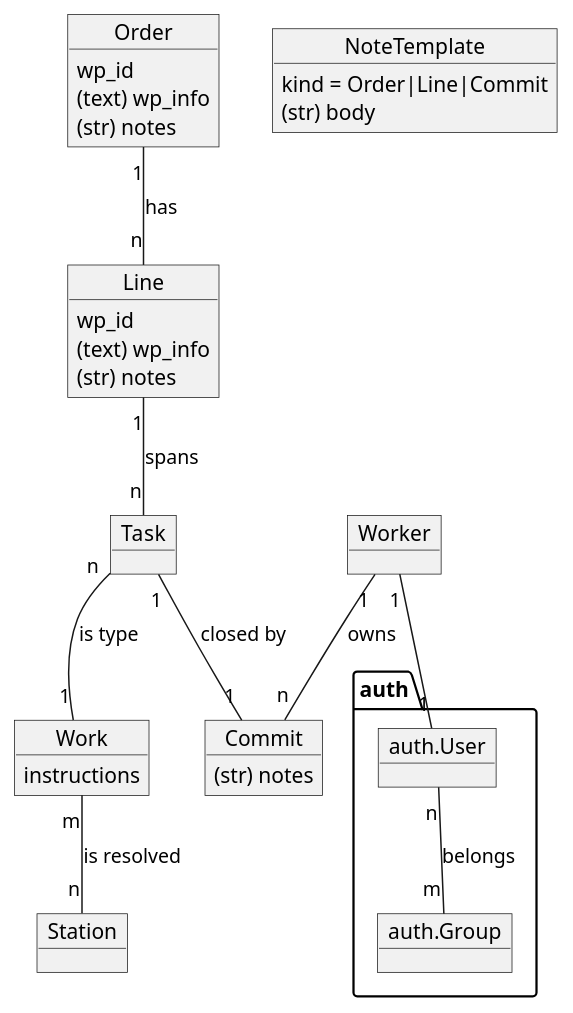
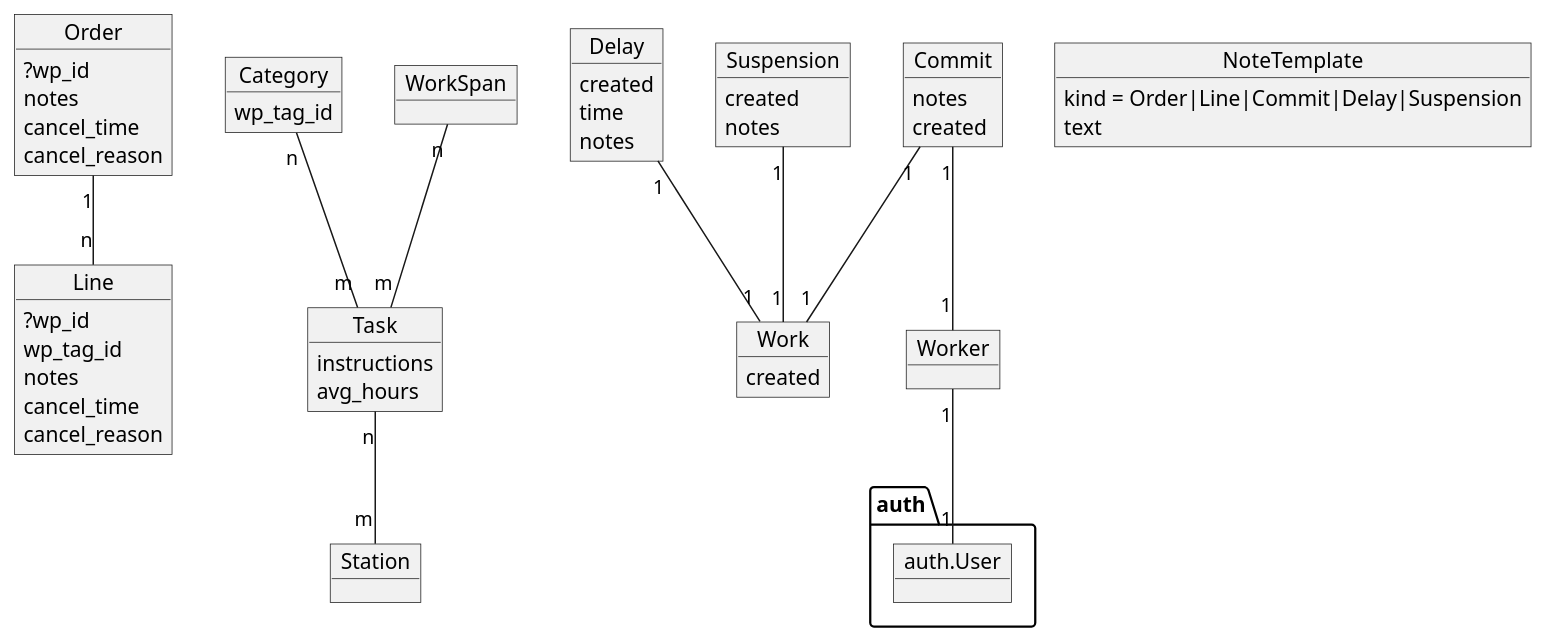
One commit to iriswm/iris changed the diagram in docs/model.plantuml. Above: the diagram before and after it, drawn with PlantUML.

Commit message:
Detail application design

```diff
--- a/docs/model.plantuml
+++ b/docs/model.plantuml
@@ -1,42 +1,173 @@
 @startuml
+
+/'
+
+When an order is completed (or reaches a configured completion state) in a
+WooCommerce site, a plugin notifies the Iris site with the order details. This
+details are stored in the models `Order` and `Line`. Both models keep the
+corresponding Wordpress ids and a custom `notes` field to track extra
+information provided by the plugin or recorded while working in the Iris site.
+The items in the model `Line` also keep an identifier for the WooCommerce
+category.
+
+'/
 
 object Order
 object Line
+
+Order "1" -- "n" Line
+
+Order : ?wp_id
+Order : notes
+
+Line : ?wp_id
+Line : wp_tag_id
+Line : notes
+
+/'
+
+In the Iris site, another model called `Category` maps each WooCommerce
+category identifier with a set of items in the model `Task`. Each task has
+also individual `instructions`.
+
+When a new item is created in the model `Line`, the category is checked and
+the appropriate set of actual tasks are created as entries in a model called
+`Work`. Each of this works, when completed, will span extra works according to
+another model called `WorkSpan`.
+
+'/
+
+object Category
+
+Category : wp_tag_id
+
 object Task
+
+Category "n" -- "m" Task
+
+Task : instructions
+
 object Work
-object Station
+object WorkSpan
+
+WorkSpan "n" -- "m" Task
+
+/'
+
+The items in the models `Task`, `Category` and `WorkSpan` represent trees of
+works needed to consider an order fulfilled.
+
+The works can be completed by any worker, identified in the model `Worker` and
+connected to an Django `User`. The works are marked as completed creating a
+new item in another model called `Commit`. This commits also have `notes`.
+
+'/
+
 object Worker
+object auth.User
+
+Worker "1" -- "1" auth.User
+
 object Commit
 
-object auth.User
-object auth.Group
+Commit "1" -- "1" Worker
+Commit "1" -- "1" Work
 
-Order "1" -- "n" Line : has
-Line "1" -- "n" Task : spans
+Commit : notes
 
-Task "n" -- "1" Work : is type
-Work "m" -- "n" Station : is resolved
+/'
 
-Task "1" -- "1" Commit : closed by
-Worker "1" -- "n" Commit : owns
+The items in `Work` and `Commit` are timestamped to keep track of the amount
+of time needed by each item in an Order and offer proper estimations and
+reports. For the estimations, information about average times needed per task
+will be recorded in the `Task` model.
 
-auth.User "n" -- "m" auth.Group : belongs
-Worker "1" -- "1" auth.User
+'/
 
-Order : wp_id
-Order : (text) wp_info
-Order : (str) notes
+Work : created
+Commit : created
+Task : avg_hours
 
-Line : wp_id
-Line : (text) wp_info
-Line : (str) notes
+/'
 
-Work : instructions
+Each order and line can be canceled with a `reason` field. Either in the Iris
+site or by the WooCommerce plugin.
 
-Commit : (str) notes
+'/
+
+Order : cancel_time
+Order : cancel_reason
+Line : cancel_time
+Line : cancel_reason
+
+/'
+
+The main purpose of the Iris site is to keep a list of station profiles in a
+`Station` model and offer a detail page for each station when the workers in
+the station can see the tasks pending work and the information needed for each
+task. The secondary purpose is to help with the estimation of order completion
+times and the tertiary purpose is to offer insights into work efficiency and
+performance.
+
+'/
+
+object Station
+
+Task "n" -- "m" Station
+
+/'
+
+The interface will be keep as simple as possible and will have utilities to
+ease the interaction using touch screens. A simple way to switch between
+workers profiles or an alternative should be provided. Also, a system for
+adding common notes using a few touches may be helpful.
+
+'/
 
 object NoteTemplate
-NoteTemplate : kind = Order|Line|Commit
-NoteTemplate : (str) body
+NoteTemplate : kind = Order|Line|Commit|Delay|Suspension
+NoteTemplate : text
+
+/'
+
+Abnormal stops in works will be handled using extra models:
+
+'/
+
+/'
+
+- The `Delay` model, with a specific time specified to hide the work in the
+station during that time and a note.
+
+'/
+
+object Delay
+
+Delay "1" -- "1" Work
+
+Delay : created
+Delay : time
+Delay : notes
+
+/'
+
+- The `Suspension` model, for halts in works without time estimations, also
+with a note.
+
+'/
+
+object Suspension
+
+Suspension "1" -- "1" Work
+
+Suspension : created
+Suspension : notes
+
+/'
+
+A system of alerts to handle delays or suspensions is also considerably
+useful to have, but in the meantime, an screen to show them should be enough.
+
+'/
 
 @enduml
```
